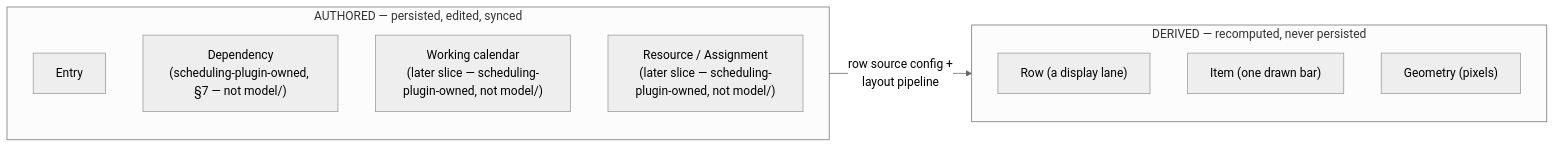
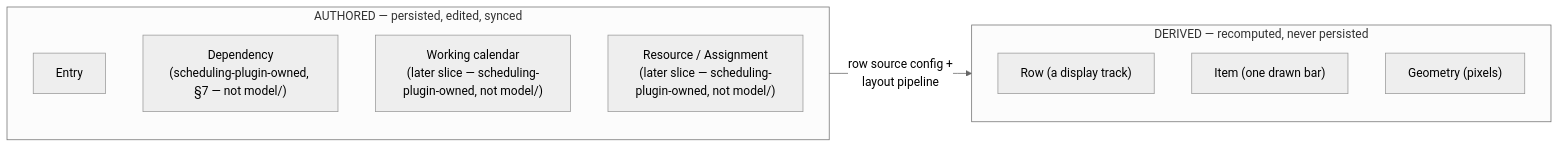
The second of 6 diagrams in plans/01-domain-architecture.md (freegantt/freegantt), drawn with Mermaid (neutral theme) before and after one commit. The commit also changed other lines of this file and 51 other files, not shown here.

````diff
--- a/plans/01-domain-architecture.md
+++ b/plans/01-domain-architecture.md
@@ -110,19 +110,19 @@
 ```mermaid
 flowchart LR
   subgraph authored["AUTHORED — persisted, edited, synced"]
     direction TB
     T["Entry"]
     DEP["Dependency<br/>(scheduling-plugin-owned, §7 — not model/)"]
     CAL["Working calendar<br/>(later slice — scheduling-plugin-owned, not model/)"]
     RES["Resource / Assignment<br/>(later slice — scheduling-plugin-owned, not model/)"]
   end
 
   subgraph derived["DERIVED — recomputed, never persisted"]
     direction TB
-    ROW["Row (a display lane)"]
+    ROW["Row (a display track)"]
     ITEM["Item (one drawn bar)"]
     GEO["Geometry (pixels)"]
   end
 
   authored -->|"row source config +<br/>layout pipeline"| derived
 ```
````
